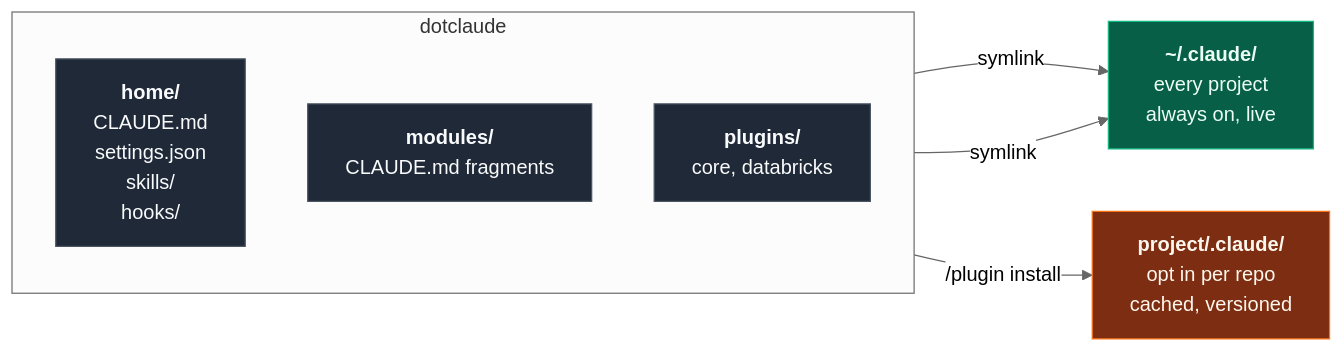
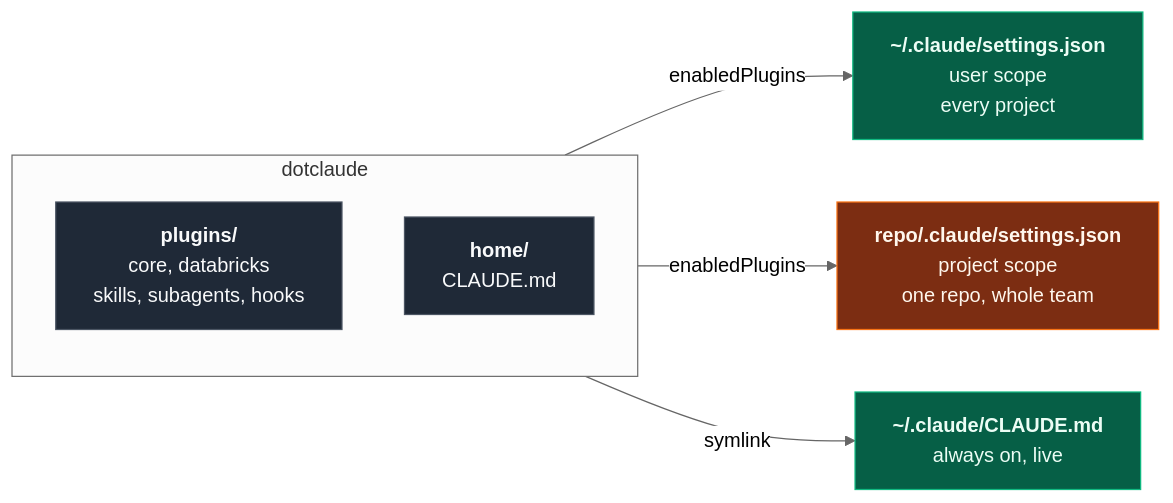
One commit to schmucas/dotclaude changed the diagram in README.md. Above: the diagram before and after it, drawn with Mermaid (neutral theme). The commit also changed other lines of this file and 12 other files, not shown here.

````diff
--- a/README.md
+++ b/README.md
@@ -24,20 +31,19 @@
 ```mermaid
 flowchart LR
     subgraph REPO["dotclaude"]
         direction TB
-        H["<b>home/</b><br/>CLAUDE.md<br/>settings.json<br/>skills/<br/>hooks/"]
-        M["<b>modules/</b><br/>CLAUDE.md fragments"]
-        P["<b>plugins/</b><br/>core, databricks"]
+        P["<b>plugins/</b><br/>core, databricks<br/>skills, subagents, hooks"]
+        H["<b>home/</b><br/>CLAUDE.md"]
     end
 
-    H -->|symlink| G["<b>~/.claude/</b><br/>every project<br/>always on, live"]
-    M -->|symlink| G
-    P -->|/plugin install| L["<b>project/.claude/</b><br/>opt in per repo<br/>cached, versioned"]
+    P -->|enabledPlugins| U["<b>~/.claude/settings.json</b><br/>user scope<br/>every project"]
+    P -->|enabledPlugins| J["<b>repo/.claude/settings.json</b><br/>project scope<br/>one repo, whole team"]
+    H -->|symlink| C["<b>~/.claude/CLAUDE.md</b><br/>always on, live"]
 
     classDef repo fill:#1f2937,stroke:#4b5563,color:#f9fafb
     classDef global fill:#065f46,stroke:#10b981,color:#ecfdf5
     classDef local fill:#7c2d12,stroke:#f97316,color:#fff7ed
-    class H,M,P repo
-    class G global
-    class L local
+    class P,H repo
+    class U,C global
+    class J local
 ```
````
